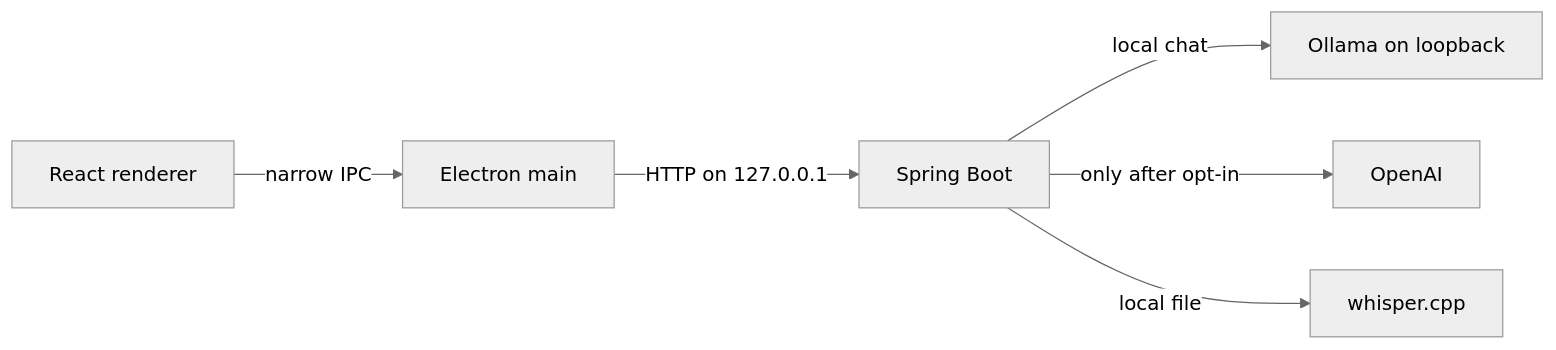
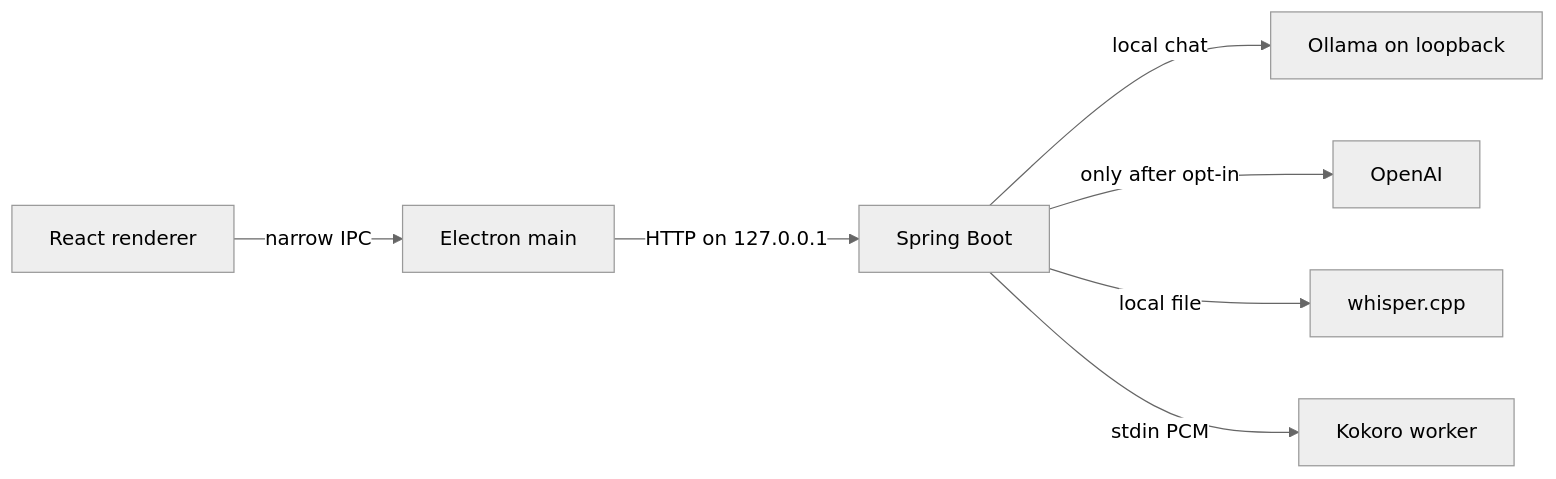
Before and after one commit to Karimajed9/eva: the diagram in docs/architecture.md, drawn with Mermaid (neutral theme). The commit also changed other lines of this file and 58 other files, not shown here.

````diff
--- a/docs/architecture.md
+++ b/docs/architecture.md
@@ -5,8 +5,9 @@
 ```mermaid
 flowchart LR
   ui["React renderer"] -->|"narrow IPC"| main["Electron main"]
   main -->|"HTTP on 127.0.0.1"| java["Spring Boot"]
   java -->|"local chat"| ollama["Ollama on loopback"]
   java -->|"only after opt-in"| openai["OpenAI"]
   java -->|"local file"| whisper["whisper.cpp"]
+  java -->|"stdin PCM"| kokoro["Kokoro worker"]
 ```
````
